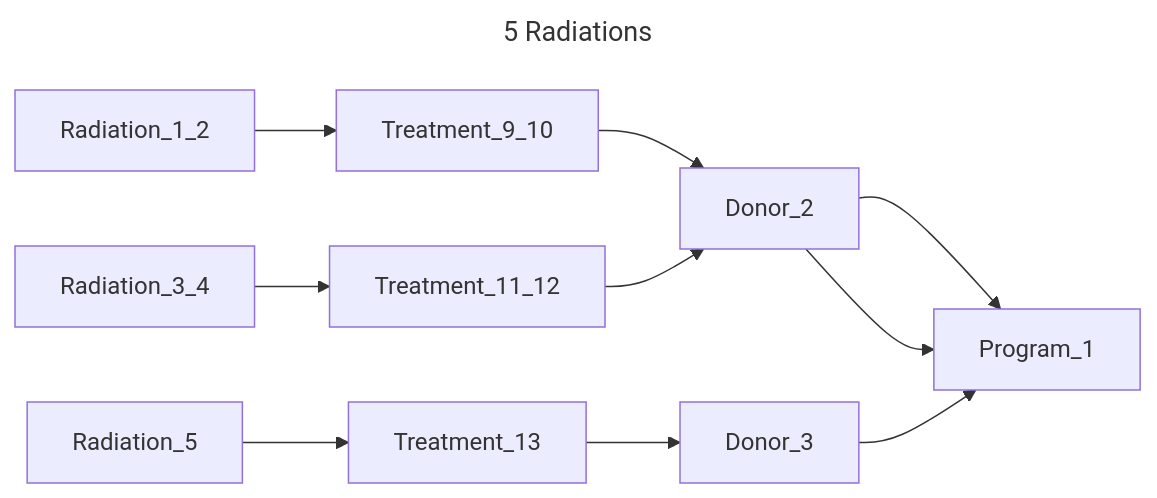
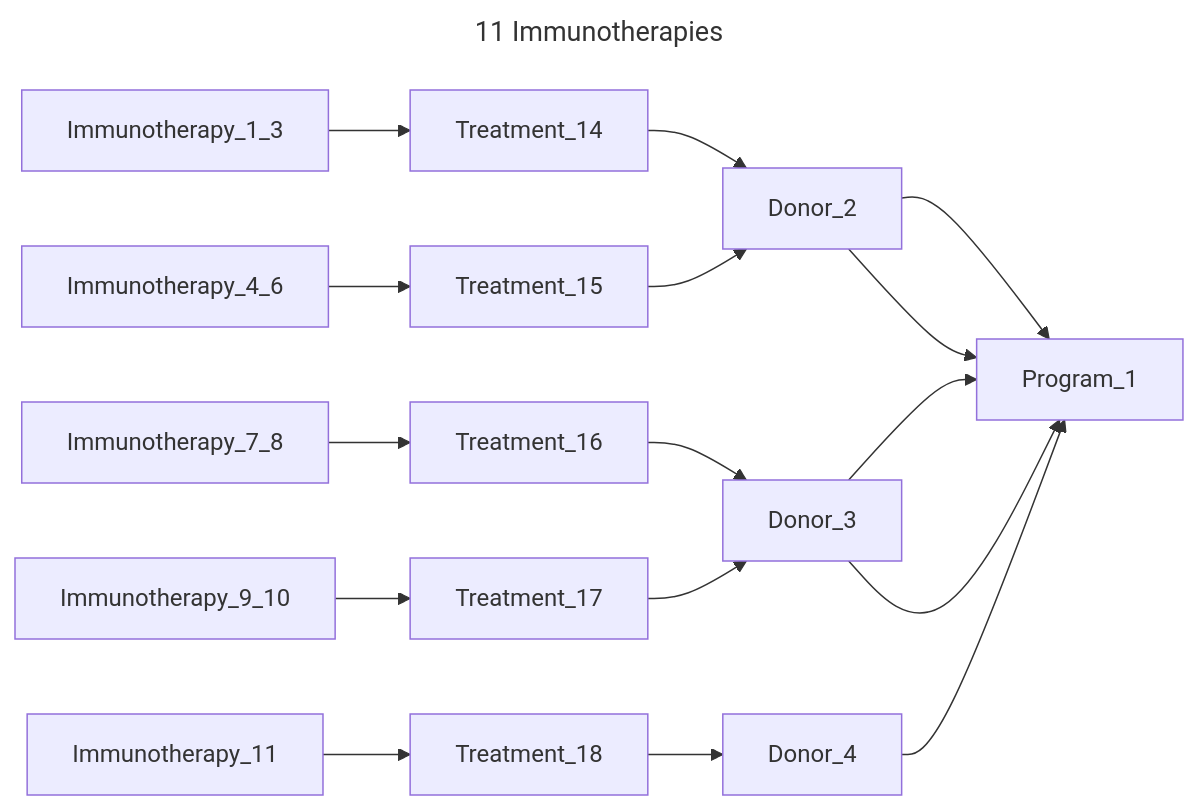
One commit to bento-platform/katsu changed the eighth of 14 diagrams in chord_metadata_service/mohpackets/data/small_dataset/README.md. Above: the diagram before and after it, drawn with Mermaid. The commit also changed other lines of this file, not shown here.

````diff
--- a/chord_metadata_service/mohpackets/data/small_dataset/README.md
+++ b/chord_metadata_service/mohpackets/data/small_dataset/README.md
@@ -112,9 +119,11 @@
 ```mermaid
 ---
-title: 5 Radiations
+title: 11 Immunotherapies
 ---
 graph LR;  
-  Radiation_1_2 --> Treatment_9_10 --> Donor_2 --> Program_1;  
-  Radiation_3_4 --> Treatment_11_12 --> Donor_2 --> Program_1;  
-  Radiation_5 --> Treatment_13 --> Donor_3 --> Program_1;
+  Immunotherapy_1_3 --> Treatment_14 --> Donor_2 --> Program_1; 
+  Immunotherapy_4_6 --> Treatment_15 --> Donor_2 --> Program_1;  
+  Immunotherapy_7_8 --> Treatment_16 --> Donor_3 --> Program_1;  
+  Immunotherapy_9_10 --> Treatment_17 --> Donor_3 --> Program_1;  
+  Immunotherapy_11 --> Treatment_18 --> Donor_4 --> Program_1;   
 ```
````
